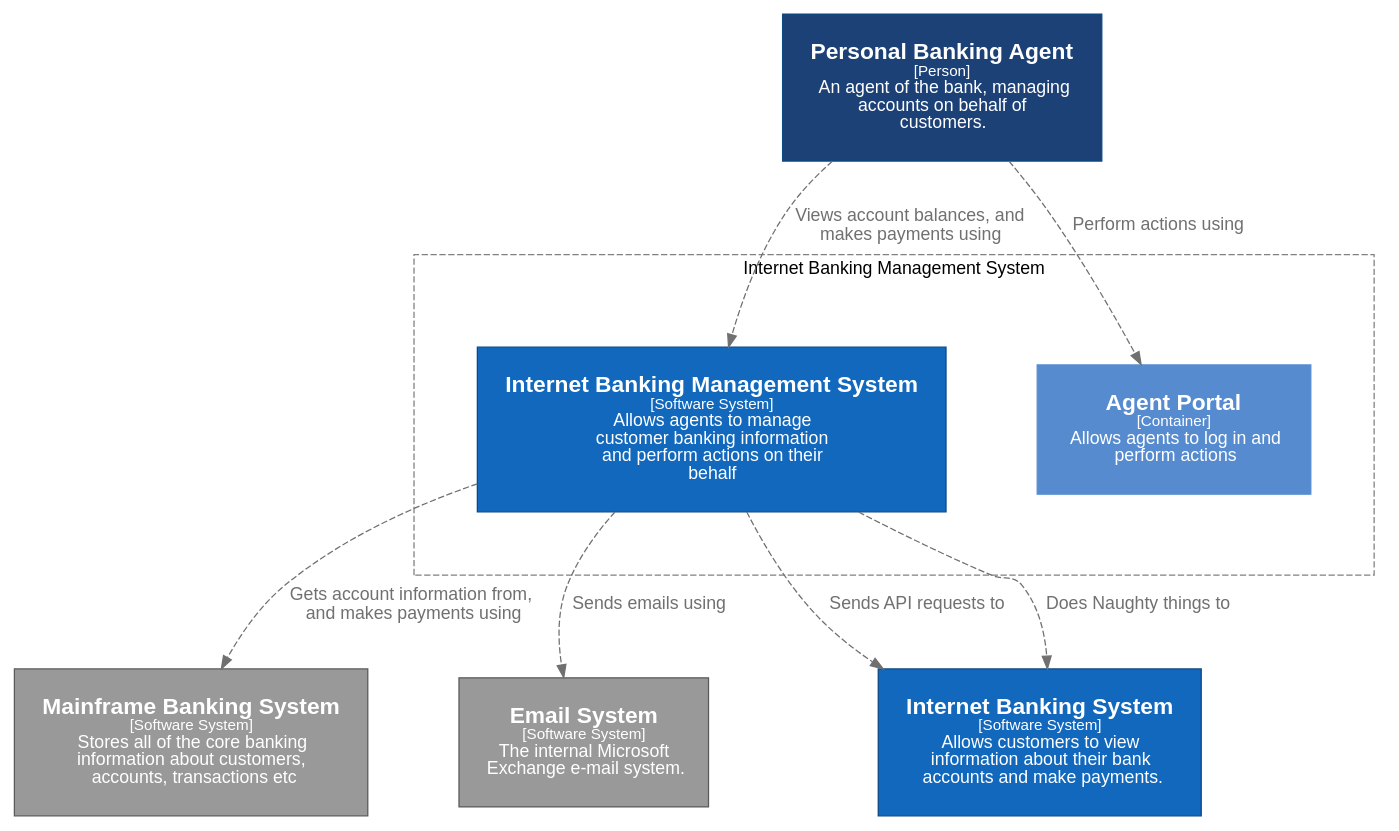
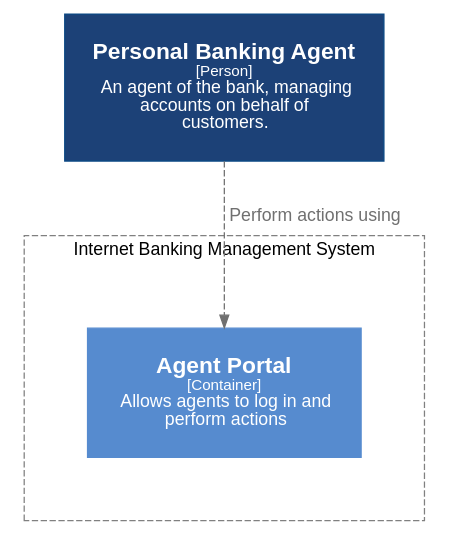
One commit to c4mjs/c4mjs changed the diagram in packages/graphviz/src/__stubs__/internetBankingManagementSystem.c2.dot. Above: the diagram before and after it, drawn with Graphviz. The commit also changed 11 other files, not shown here.

Commit message:
feat(graphviz): bump all to v1

```diff
--- a/packages/graphviz/src/__stubs__/internetBankingManagementSystem.c2.dot
+++ b/packages/graphviz/src/__stubs__/internetBankingManagementSystem.c2.dot
@@ -1,77 +1,36 @@
 digraph {
     compound=true
     graph [fontname="Arial", rankdir=TB, ranksep=1.0, nodesep=1.0]
     node [fontname="Arial", shape=box, margin="0.3,0.3"]
     edge [fontname="Arial"]
 
     subgraph cluster_internetBankingManagementSystem {
         label = "Internet Banking Management System"
         style = "dashed"
         color = "grey"
         margin="50,50"
         
-        internetBankingManagementSystem [
-        id="internetBankingManagementSystem",
-        shape="rect",
-        label=<<font point-size="18"><b>Internet Banking Management System</b></font><br /><font point-size="12">[Software System]</font><br /><font point-size="14">  Allows agents to manage <br />customer banking information <br />and perform actions on their <br />behalf</font>>,
-        style="filled",
-        color="#0b4884",
-        fillcolor="#1168bd",
-        fontcolor="#ffffff"
-    ]
-agentPortal [
+        agentPortal [
         id="agentPortal",
         shape="rect",
         label=<<font point-size="18"><b>Agent Portal</b></font><br /><font point-size="12">[Container]</font><br /><font point-size="14">  Allows agents to log in and <br />perform actions</font>>,
         style="filled",
         color="#568BCF",
         fillcolor="#568BCF",
         fontcolor="#ffffff"
     ]
         
     }
 
-mainframeBankingSystem [
-        id="mainframeBankingSystem",
-        shape="rect",
-        label=<<font point-size="18"><b>Mainframe Banking System</b></font><br /><font point-size="12">[Software System]</font><br /><font point-size="14">  Stores all of the core banking <br />information about customers, <br />accounts, transactions etc</font>>,
-        style="filled",
-        color="#5a5a5a",
-        fillcolor="#999999",
-        fontcolor="#ffffff"
-    ]
-emailSystem [
-        id="emailSystem",
-        shape="rect",
-        label=<<font point-size="18"><b>Email System</b></font><br /><font point-size="12">[Software System]</font><br /><font point-size="14">  The internal Microsoft <br />Exchange e-mail system.</font>>,
-        style="filled",
-        color="#5a5a5a",
-        fillcolor="#999999",
-        fontcolor="#ffffff"
-    ]
 agent [
         id="agent",
         shape="rect",
         label=<<font point-size="18"><b>Personal Banking Agent</b></font><br /><font point-size="12">[Person]</font><br /><font point-size="14">  An agent of the bank, managing <br />accounts on behalf of <br />customers.</font>>,
         style="filled",
         color="#0b4884",
         fillcolor="#1C4177",
         fontcolor="#ffffff"
     ]
-internetBankingSystem [
-        id="internetBankingSystem",
-        shape="rect",
-        label=<<font point-size="18"><b>Internet Banking System</b></font><br /><font point-size="12">[Software System]</font><br /><font point-size="14">  Allows customers to view <br />information about their bank <br />accounts and make payments.</font>>,
-        style="filled",
-        color="#0b4884",
-        fillcolor="#1168bd",
-        fontcolor="#ffffff"
-    ]
-internetBankingManagementSystem -> mainframeBankingSystem [ id="100002", label=<<font point-size="14">  Gets account information from, <br />and makes payments using</font>>, style="dashed", color="#707070", fontcolor="#707070" ]
-internetBankingManagementSystem -> emailSystem [ id="100003", label=<<font point-size="14">  Sends emails using</font>>, style="dashed", color="#707070", fontcolor="#707070" ]
-agent -> internetBankingManagementSystem [ id="100011", label=<<font point-size="14">  Views account balances, and <br />makes payments using</font>>, style="dashed", color="#707070", fontcolor="#707070" ]
-internetBankingManagementSystem -> internetBankingSystem [ id="100000", label=<<font point-size="14">  Sends API requests to</font>>, style="dashed", color="#707070", fontcolor="#707070" ]
-internetBankingManagementSystem -> internetBankingSystem [ id="100001", label=<<font point-size="14">  Does Naughty things to</font>>, style="dashed", color="#707070", fontcolor="#707070" ]
-agent -> agentPortal [ id="100015", label=<<font point-size="14">  Perform actions using</font>>, style="dashed", color="#707070", fontcolor="#707070" ]
+agent -> agentPortal [ id="100005", label=<<font point-size="14">  Perform actions using</font>>, style="dashed", color="#707070", fontcolor="#707070" ]
      
 }
```
